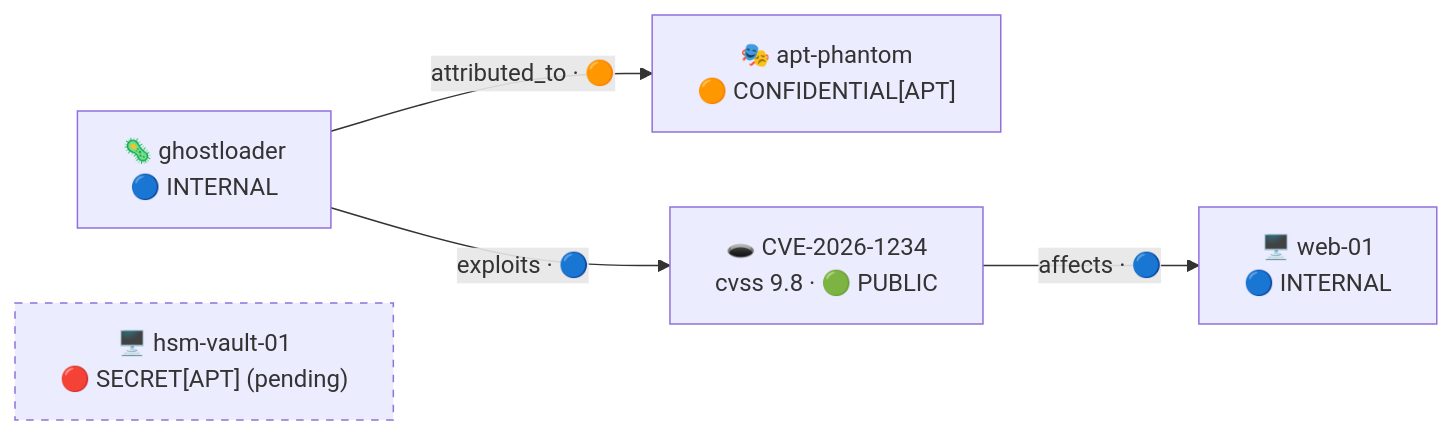
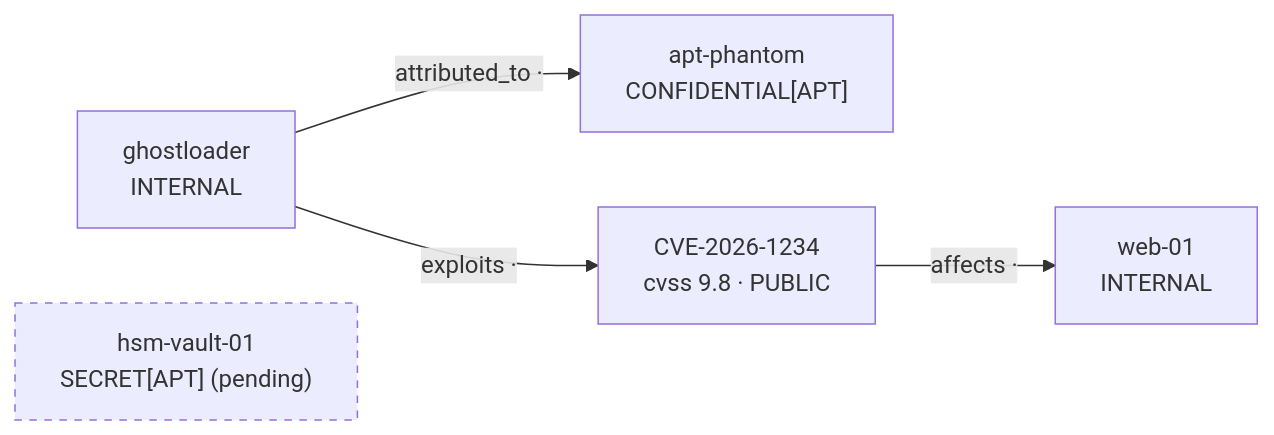
Before and after one commit to Prashasthi-18/Secure-Dynamic-Knowledge-Graph: diagram 12 of 14 in README.md, drawn with Mermaid. The commit also changed other lines of this file and 25 other files, not shown here.

````diff
--- a/README.md
+++ b/README.md
@@ -517,14 +557,14 @@
 ```mermaid
 flowchart LR
-    APT["🎭 apt-phantom<br/>🟠 CONFIDENTIAL[APT]"]
-    GL["🦠 ghostloader<br/>🔵 INTERNAL"]
-    CVE["🕳️ CVE-2026-1234<br/>cvss 9.8 · 🟢 PUBLIC"]
-    WEB["🖥️ web-01<br/>🔵 INTERNAL"]
-    HSM["🖥️ hsm-vault-01<br/>🔴 SECRET[APT] (pending)"]
+    APT["apt-phantom<br/>CONFIDENTIAL[APT]"]
+    GL["ghostloader<br/>INTERNAL"]
+    CVE["CVE-2026-1234<br/>cvss 9.8 · PUBLIC"]
+    WEB["web-01<br/>INTERNAL"]
+    HSM["hsm-vault-01<br/>SECRET[APT] (pending)"]
 
-    GL -- "exploits · 🔵" --> CVE
-    CVE -- "affects · 🔵" --> WEB
-    GL -- "attributed_to · 🟠" --> APT
+    GL -- "exploits · " --> CVE
+    CVE -- "affects · " --> WEB
+    GL -- "attributed_to · " --> APT
 
     style HSM stroke-dasharray: 5 5
 ```
````
